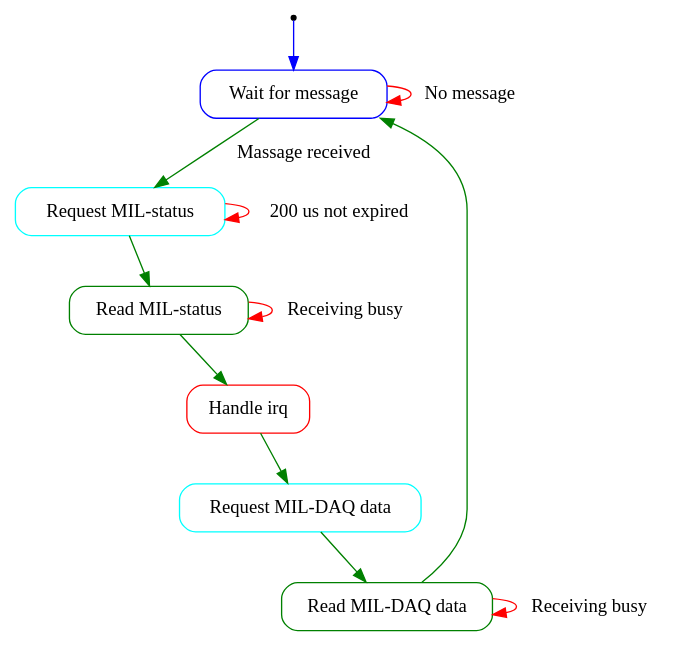
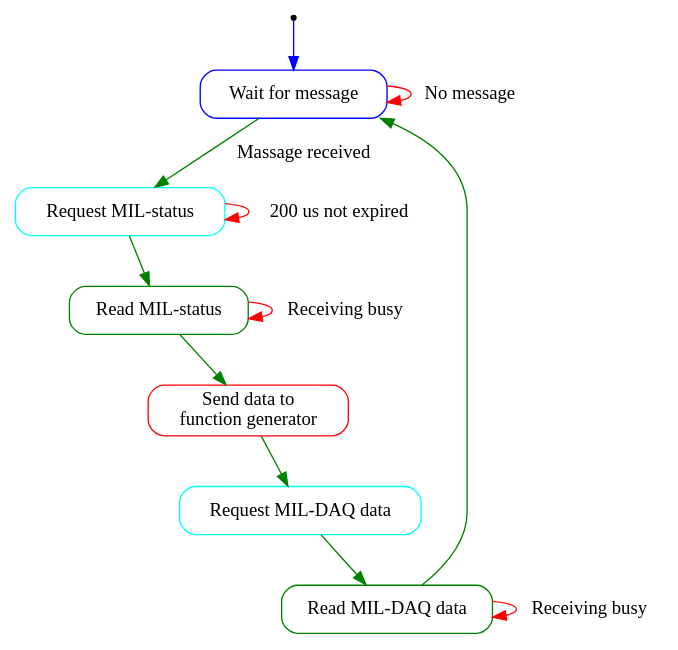
One commit to GSI-CS-CO/bel_projects changed the diagram in top/gsi_scu/scu_main.gv. Above: the diagram before and after it, drawn with Graphviz. The commit also changed 1 other file, not shown here.

```diff
--- a/top/gsi_scu/scu_main.gv
+++ b/top/gsi_scu/scu_main.gv
@@ -1,21 +1,21 @@
 digraph "generated by DocFsm" {
 	node [shape = Mrecord];
 	ST_WAIT_0 [label = "Wait for message", color = blue];
 	ST_PREPARE_0 [label = "Request MIL-status", color = cyan];
 	ST_FETCH_STATUS_0 [label = "Read MIL-status", color = green];
-	ST_HANDLE_IRQS_0 [label = "Handle irq", color = red];
+	ST_HANDLE_IRQS_0 [label = "Send data to\nfunction generator", color = red];
 	ST_DATA_AQUISITION_0 [label = "Request MIL-DAQ data", color = cyan];
 	ST_FETCH_DATA_0 [label = "Read MIL-DAQ data", color = green];
 	entry0_0 [shape = point, label = "entry0"];
 	ST_WAIT_0 -> ST_WAIT_0 [label = "No message", color = red];
 	ST_WAIT_0 -> ST_PREPARE_0 [label = "Massage received", color = green];
 	ST_PREPARE_0 -> ST_PREPARE_0 [label = "200 us not expired", color = red];
 	ST_PREPARE_0 -> ST_FETCH_STATUS_0 [color = green];
 	ST_FETCH_STATUS_0 -> ST_FETCH_STATUS_0 [label = "Receiving busy", color = red];
 	ST_FETCH_STATUS_0 -> ST_HANDLE_IRQS_0 [color = green];
 	ST_HANDLE_IRQS_0 -> ST_DATA_AQUISITION_0 [color = green];
 	ST_DATA_AQUISITION_0 -> ST_FETCH_DATA_0 [color = green];
 	ST_FETCH_DATA_0 -> ST_FETCH_DATA_0 [label = "Receiving busy", color = red];
 	ST_FETCH_DATA_0 -> ST_WAIT_0 [color = green];
 	entry0_0 -> ST_WAIT_0 [color = blue];
 }
```
